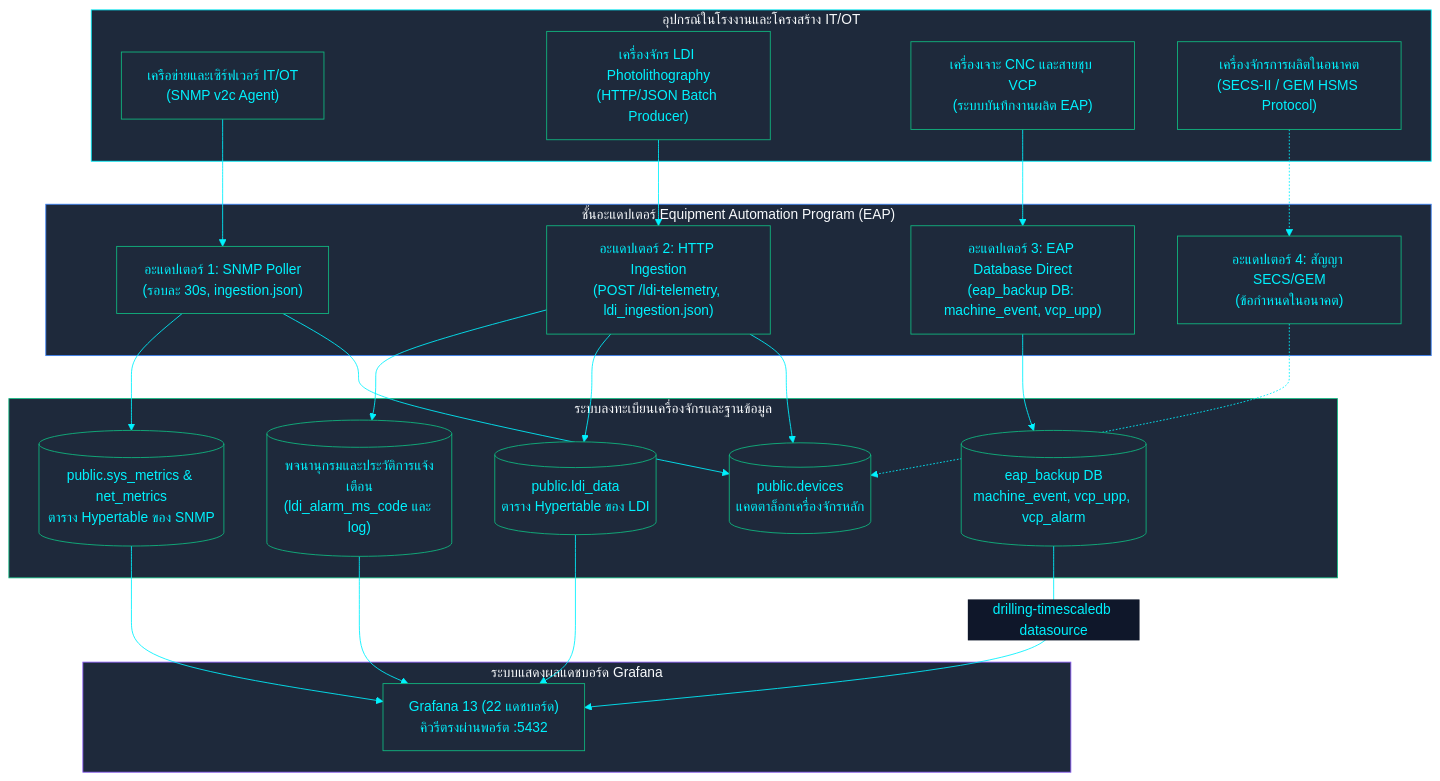
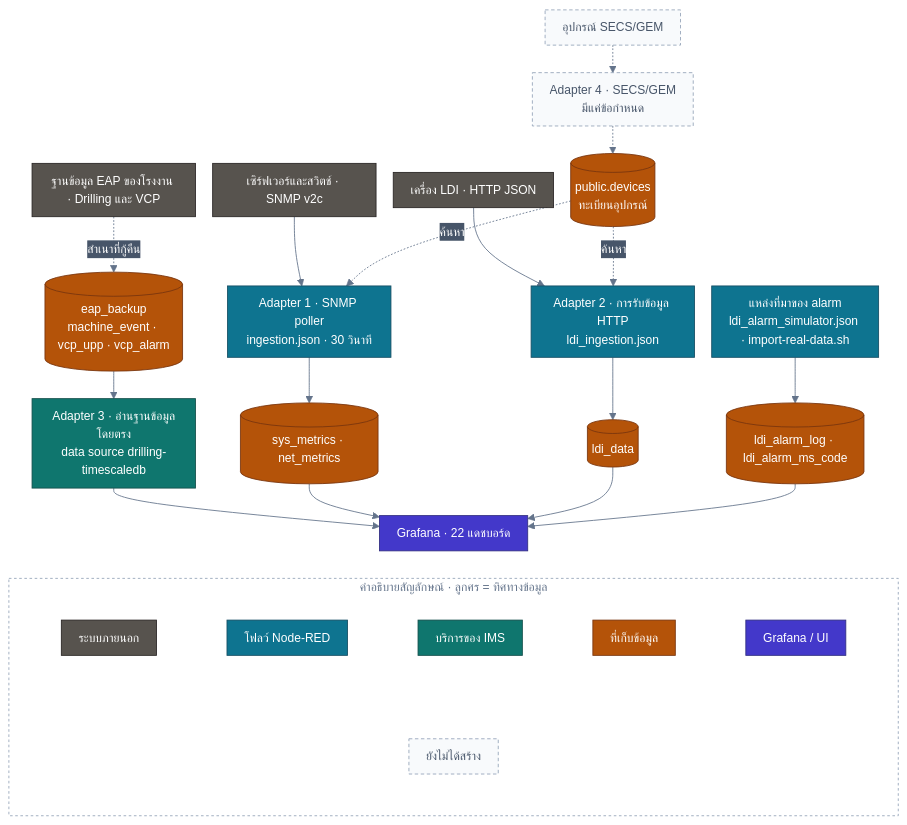
One commit to PATTANAKORN025/IMS changed the diagram in th/docs/architecture/EAP_ARCHITECTURE.md. Above: the diagram before and after it, drawn with Mermaid. The commit also changed 84 other files, not shown here.

First line of the commit message:
docs(diagrams): one verified, accessible standard for every Mermaid diagram

````diff
--- a/th/docs/architecture/EAP_ARCHITECTURE.md
+++ b/th/docs/architecture/EAP_ARCHITECTURE.md
@@ -30,47 +30,59 @@
 ```mermaid
-%%{init: {'theme': 'base', 'themeVariables': { 'primaryColor': '#1e293b', 'primaryTextColor': '#00F2FE', 'primaryBorderColor': '#10B981', 'lineColor': '#00F2FE', 'secondaryColor': '#0f172a', 'tertiaryColor': '#0f172a', 'clusterBkg': '#030407', 'clusterBorder': '#00F2FE'}}}%%
+%%{init: {"flowchart": {"nodeSpacing": 20, "rankSpacing": 32, "padding": 10, "wrappingWidth": 150, "curve": "basis"}, "sequence": {"wrap": true, "width": 170, "actorMargin": 36, "boxMargin": 8, "noteMargin": 8, "messageMargin": 30, "mirrorActors": false}, "state": {"padding": 6}, "theme": "base", "themeVariables": {"fontFamily": "Inter, Segoe UI, Helvetica, Arial, sans-serif", "fontSize": "14px", "primaryColor": "#334155", "primaryTextColor": "#ffffff", "primaryBorderColor": "#1e293b", "lineColor": "#64748b", "textColor": "#64748b", "secondaryColor": "#475569", "tertiaryColor": "#f1f5f9", "clusterBkg": "transparent", "clusterBorder": "#94a3b8", "titleColor": "#64748b", "edgeLabelBackground": "#475569", "nodeTextColor": "#ffffff", "noteBkgColor": "#fef3c7", "noteTextColor": "#1e293b", "noteBorderColor": "#d97706", "actorBkg": "#334155", "actorTextColor": "#ffffff", "actorBorder": "#1e293b", "actorLineColor": "#94a3b8", "signalColor": "#64748b", "signalTextColor": "#64748b", "labelBoxBkgColor": "#334155", "labelBoxBorderColor": "#1e293b", "labelTextColor": "#ffffff", "loopTextColor": "#64748b", "activationBkgColor": "#e2e8f0", "sequenceNumberColor": "#ffffff", "stateLabelColor": "#ffffff", "compositeBackground": "transparent", "transitionColor": "#64748b", "transitionLabelColor": "#64748b"}}}%%
 flowchart TB
-  subgraph SOURCES["อุปกรณ์ในโรงงานและโครงสร้าง IT/OT"]
-    S1["เครือข่ายและเซิร์ฟเวอร์ IT/OT\n(SNMP v2c Agent)"]
-    S2["เครื่องจักร LDI Photolithography\n(HTTP/JSON Batch Producer)"]
-    S3["เครื่องเจาะ CNC และสายชุบ VCP\n(ระบบบันทึกงานผลิต EAP)"]
-    S4["เครื่องจักรการผลิตในอนาคต\n(SECS-II / GEM HSMS Protocol)"]
+  accTitle: adapter สำหรับเชื่อมต่ออุปกรณ์
+  accDescr: มี adapter อยู่ 3 แบบ: การ poll SNMP และการรับข้อมูล HTTP ใน Node-RED ซึ่งค้นหาเครื่องใน public.devices และการอ่านฐานข้อมูล eap_backup โดยตรง alarm ของ LDI มาจากตัวจำลอง alarm หรือการนำเข้าข้อมูลจริง ส่วน adapter SECS/GEM มีข้อกำหนดแต่ยังไม่ได้สร้าง
+  S1["เซิร์ฟเวอร์และสวิตช์ · SNMP v2c"]:::ext
+  S2["เครื่อง LDI · HTTP JSON"]:::ext
+  S3["ฐานข้อมูล EAP ของโรงงาน · Drilling และ VCP"]:::ext
+  S4["อุปกรณ์ SECS/GEM"]:::future
+  A1["Adapter 1 · SNMP poller<br/>ingestion.json · 30 วินาที"]:::flow
+  A2["Adapter 2 · การรับข้อมูล HTTP<br/>ldi_ingestion.json"]:::flow
+  A3["Adapter 3 · อ่านฐานข้อมูลโดยตรง<br/>data source drilling-timescaledb"]:::app
+  A4["Adapter 4 · SECS/GEM<br/>มีแค่ข้อกำหนด"]:::future
+  ASRC["แหล่งที่มาของ alarm<br/>ldi_alarm_simulator.json · import-real-data.sh"]:::flow
+  DEV[("public.devices<br/>ทะเบียนอุปกรณ์")]:::store
+  HSYS[("sys_metrics · net_metrics")]:::store
+  HLDI[("ldi_data")]:::store
+  ALM[("ldi_alarm_log · ldi_alarm_ms_code")]:::store
+  EAPDB[("eap_backup<br/>machine_event · vcp_upp · vcp_alarm")]:::store
+  GRAF["Grafana · 22 แดชบอร์ด"]:::viz
+  S1 --> A1 --> HSYS
+  S2 --> A2 --> HLDI
+  DEV -.->|"ค้นหา"| A1
+  DEV -.->|"ค้นหา"| A2
+  S3 -.->|"สำเนาที่กู้คืน"| EAPDB
+  EAPDB --> A3 --> GRAF
+  ASRC --> ALM
+  S4 -.-> A4 -.-> DEV
+  HSYS --> GRAF
+  HLDI --> GRAF
+  ALM --> GRAF
+
+  subgraph LEGEND["คำอธิบายสัญลักษณ์ · ลูกศร = ทิศทางข้อมูล"]
+    direction TB
+    subgraph LEGEND_0[" "]
+      direction LR
+      LG_ext["ระบบภายนอก"]:::ext ~~~ LG_flow["โฟลว์ Node-RED"]:::flow ~~~ LG_app["บริการของ IMS"]:::app ~~~ LG_store["ที่เก็บข้อมูล"]:::store ~~~ LG_viz["Grafana / UI"]:::viz
+    end
+    subgraph LEGEND_1[" "]
+      direction LR
+      LG_future["ยังไม่ได้สร้าง"]:::future
+    end
+    LEGEND_0 ~~~ LEGEND_1
   end
-
-  subgraph ADAPTERS["ชั้นอะแดปเตอร์ Equipment Automation Program (EAP)"]
-    A1["อะแดปเตอร์ 1: SNMP Poller\n(รอบละ 30s, ingestion.json)"]
-    A2["อะแดปเตอร์ 2: HTTP Ingestion\n(POST /ldi-telemetry, ldi_ingestion.json)"]
-    A3["อะแดปเตอร์ 3: EAP Database Direct\n(eap_backup DB: machine_event, vcp_upp)"]
-    A4["อะแดปเตอร์ 4: สัญญา SECS/GEM\n(ข้อกำหนดในอนาคต)"]
-  end
-
-  subgraph REGISTRY["ระบบลงทะเบียนเครื่องจักรและฐานข้อมูล"]
-    DEV[("public.devices\nแคตตาล็อกเครื่องจักรหลัก")]
-    HT_SYS[("public.sys_metrics & net_metrics\nตาราง Hypertable ของ SNMP")]
-    HT_LDI[("public.ldi_data\nตาราง Hypertable ของ LDI")]
-    EAP_DB[("eap_backup DB\nmachine_event, vcp_upp, vcp_alarm")]
-    ALARM[("พจนานุกรมและประวัติการแจ้งเตือน\n(ldi_alarm_ms_code และ log)")]
-  end
-
-  subgraph VISUALIZATION["ระบบแสดงผลแดชบอร์ด Grafana"]
-    GRAF["Grafana 13 (22 แดชบอร์ด)\nคิวรีตรงผ่านพอร์ต :5432"]
-  end
-
-  S1 --> A1 --> DEV
-  A1 --> HT_SYS
-  S2 --> A2 --> DEV
-  A2 --> HT_LDI
-  A2 --> ALARM
-  S3 --> A3 --> EAP_DB
-  S4 -.-> A4 -.-> DEV
-
-  HT_SYS --> GRAF
-  HT_LDI --> GRAF
-  EAP_DB -->|"drilling-timescaledb datasource"| GRAF
-  ALARM --> GRAF
-
-  style SOURCES fill:#1e293b,stroke:#00F2FE,color:#f8fafc
-  style ADAPTERS fill:#1e293b,stroke:#3b82f6,color:#f8fafc
-  style REGISTRY fill:#1e293b,stroke:#10B981,color:#f8fafc
-  style VISUALIZATION fill:#1e293b,stroke:#8B5CF6,color:#f8fafc
+  GRAF ~~~ LEGEND
+  style LEGEND fill:transparent,stroke:#94a3b8,stroke-dasharray:3 3
+  style LEGEND_0 fill:transparent,stroke:transparent
+  style LEGEND_1 fill:transparent,stroke:transparent
+  classDef actor fill:#475569,stroke:#1e293b,color:#ffffff,stroke-width:1px
+  classDef ext fill:#57534e,stroke:#292524,color:#ffffff,stroke-width:1px
+  classDef ingress fill:#1d4ed8,stroke:#1e3a8a,color:#ffffff,stroke-width:1px
+  classDef app fill:#0f766e,stroke:#134e4a,color:#ffffff,stroke-width:1px
+  classDef flow fill:#0e7490,stroke:#164e63,color:#ffffff,stroke-width:1px
+  classDef store fill:#b45309,stroke:#78350f,color:#ffffff,stroke-width:1px
+  classDef viz fill:#4338ca,stroke:#312e81,color:#ffffff,stroke-width:1px
+  classDef obs fill:#6d28d9,stroke:#4c1d95,color:#ffffff,stroke-width:1px
+  classDef notify fill:#b91c1c,stroke:#7f1d1d,color:#ffffff,stroke-width:1px
+  classDef future fill:#f8fafc,stroke:#94a3b8,color:#475569,stroke-width:1px,stroke-dasharray:4 3
 ```
````
